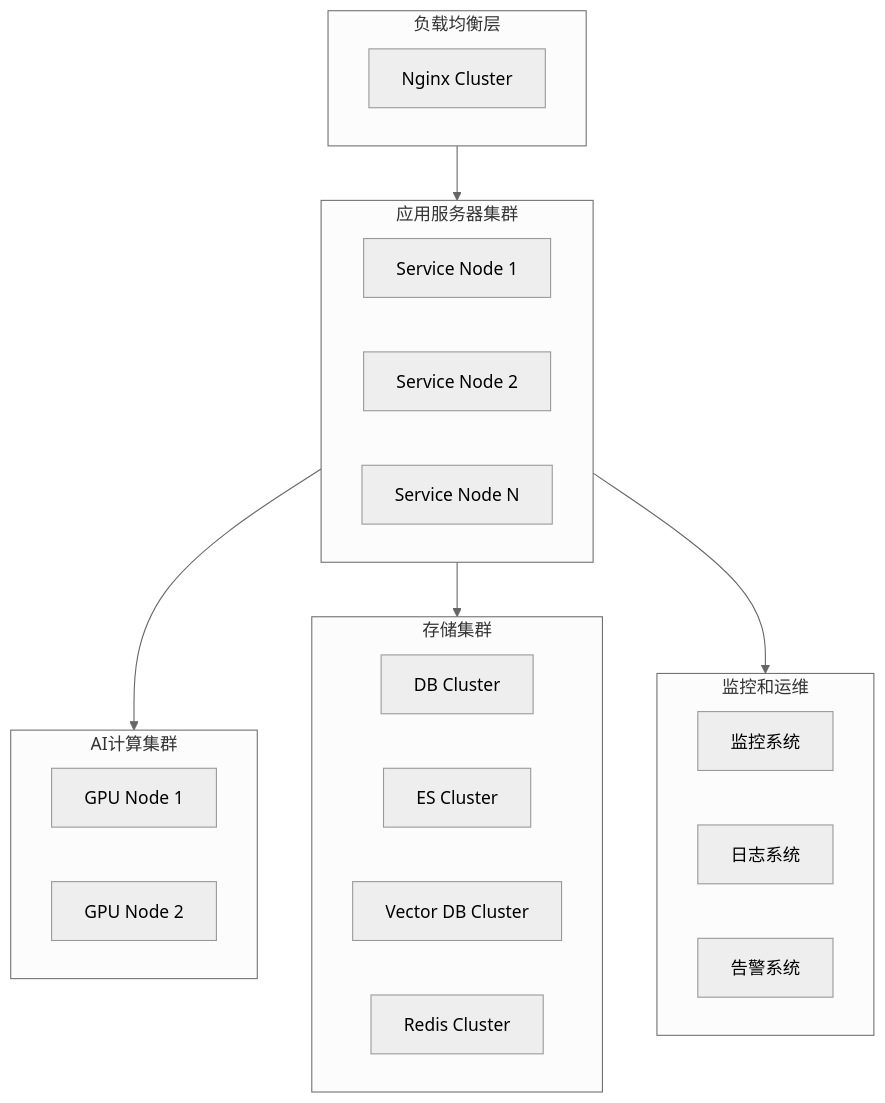
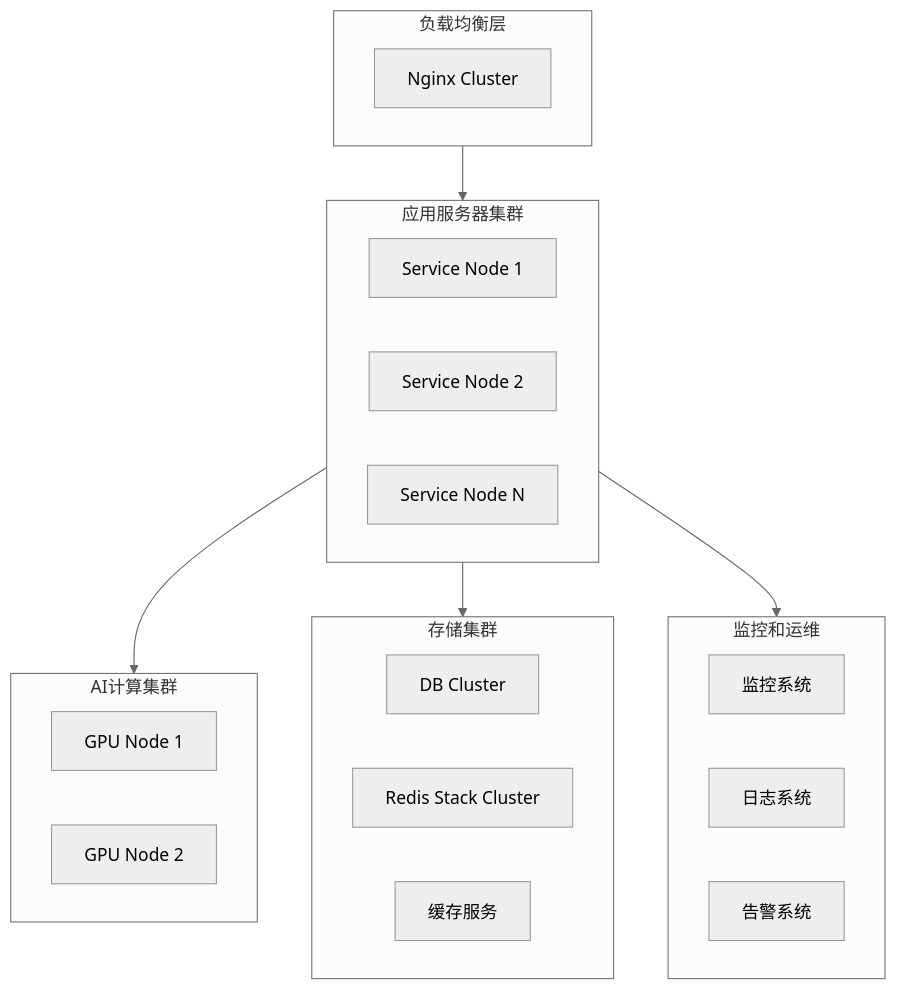
The third of 5 diagrams in doc/架构设计.md (xmx0632/aiKnowledgeBase), drawn with Mermaid (neutral theme) before and after one commit. The commit also changed other lines of this file and 19 other files, not shown here.

````diff
--- a/doc/架构设计.md
+++ b/doc/架构设计.md
@@ -109,35 +124,34 @@
 ```mermaid
 graph TB
     subgraph 负载均衡层
         A[Nginx Cluster]
     end
 
     subgraph 应用服务器集群
         B[Service Node 1]
         C[Service Node 2]
         D[Service Node N]
     end
 
     subgraph AI计算集群
         E[GPU Node 1]
         F[GPU Node 2]
     end
 
     subgraph 存储集群
         G[DB Cluster]
-        H[ES Cluster]
-        I[Vector DB Cluster]
-        J[Redis Cluster]
+        H[Redis Stack Cluster]
+        I[缓存服务]
     end
 
     subgraph 监控和运维
         K[监控系统]
         L[日志系统]
         M[告警系统]
     end
 
     负载均衡层 --> 应用服务器集群
     应用服务器集群 --> AI计算集群
     应用服务器集群 --> 存储集群
     应用服务器集群 --> 监控和运维
 ```
````
